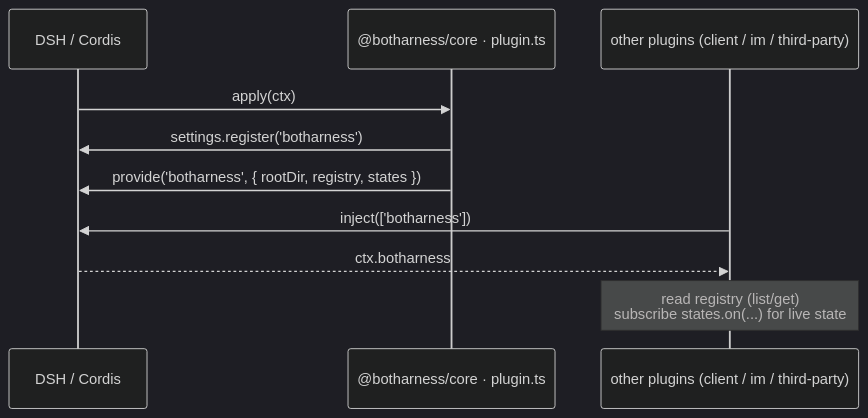
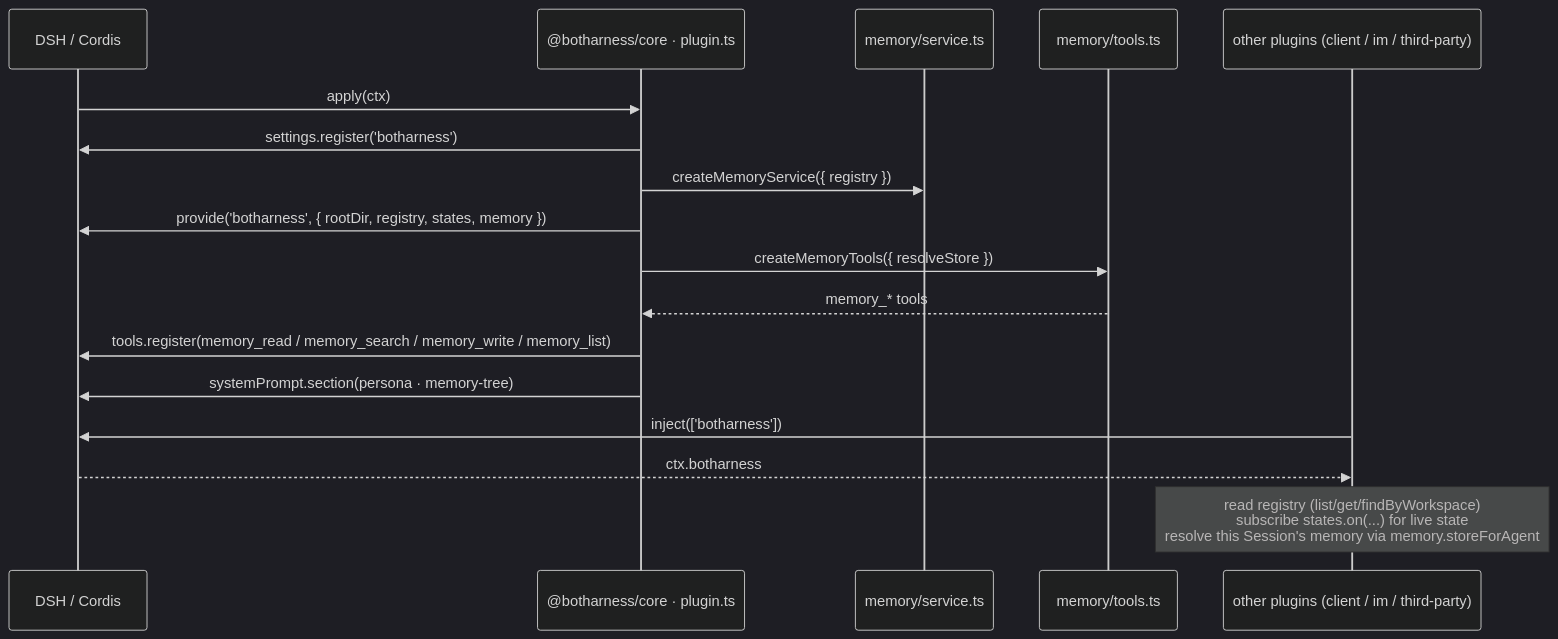
The third of 6 diagrams in docs/architecture/botharness-architecture.en.md (BotHarness/BotHarness), drawn with Mermaid (dark theme) before and after one commit. The commit also changed other lines of this file and 51 other files, not shown here.

First line of the commit message:
feat(core): M2 记忆 MVP（store / tools / git / prompt 注入） (#22)

````diff
--- a/docs/architecture/botharness-architecture.en.md
+++ b/docs/architecture/botharness-architecture.en.md
@@ -92,13 +114,20 @@
 ```mermaid
 sequenceDiagram
   participant D as DSH / Cordis
   participant P as @botharness/core · plugin.ts
+  participant M as memory/service.ts
+  participant T as memory/tools.ts
   participant O as other plugins (client / im / third-party)
 
   D->>P: apply(ctx)
   P->>D: settings.register('botharness')
-  P->>D: provide('botharness', { rootDir, registry, states })
+  P->>M: createMemoryService({ registry })
+  P->>D: provide('botharness', { rootDir, registry, states, memory })
+  P->>T: createMemoryTools({ resolveStore })
+  T-->>P: memory_* tools
+  P->>D: tools.register(memory_read / memory_search / memory_write / memory_list)
+  P->>D: systemPrompt.section(persona · memory-tree)
   O->>D: inject(['botharness'])
   D-->>O: ctx.botharness
-  Note over O: read registry (list/get)<br/>subscribe states.on(...) for live state
+  Note over O: read registry (list/get/findByWorkspace)<br/>subscribe states.on(...) for live state<br/>resolve this Session's memory via memory.storeForAgent
 ```
````
